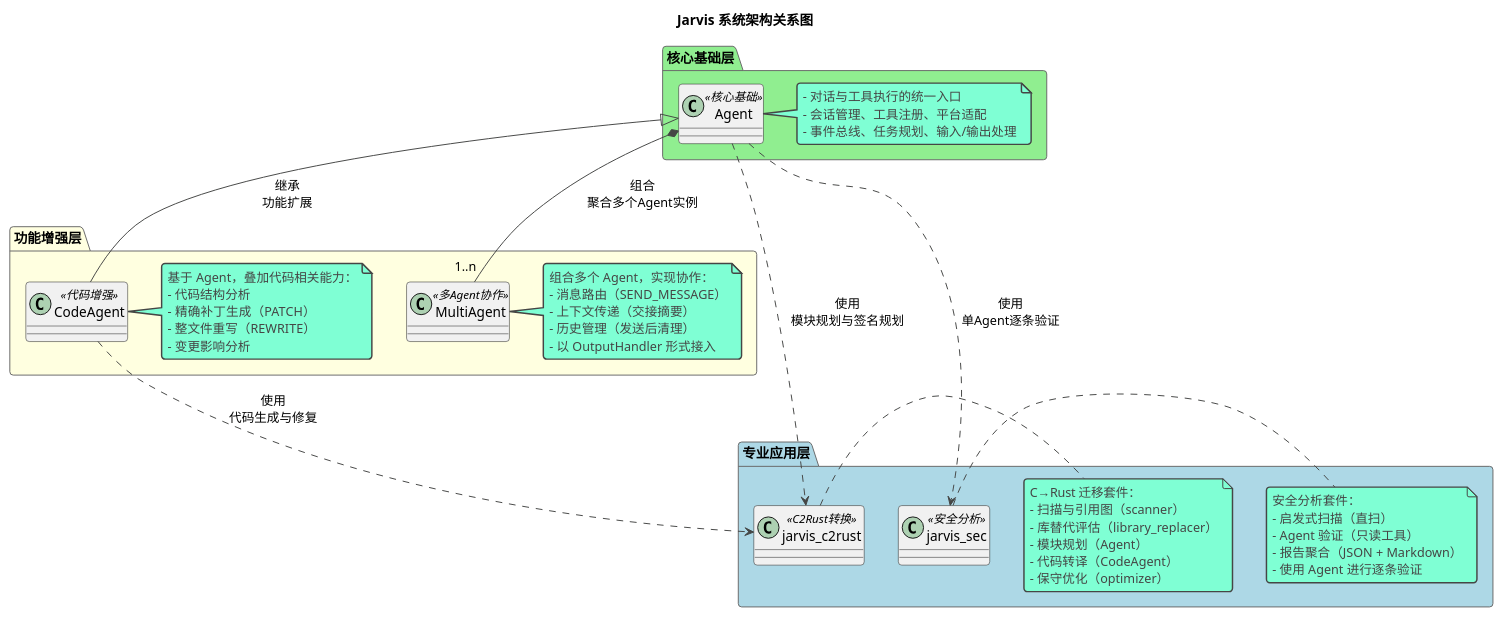
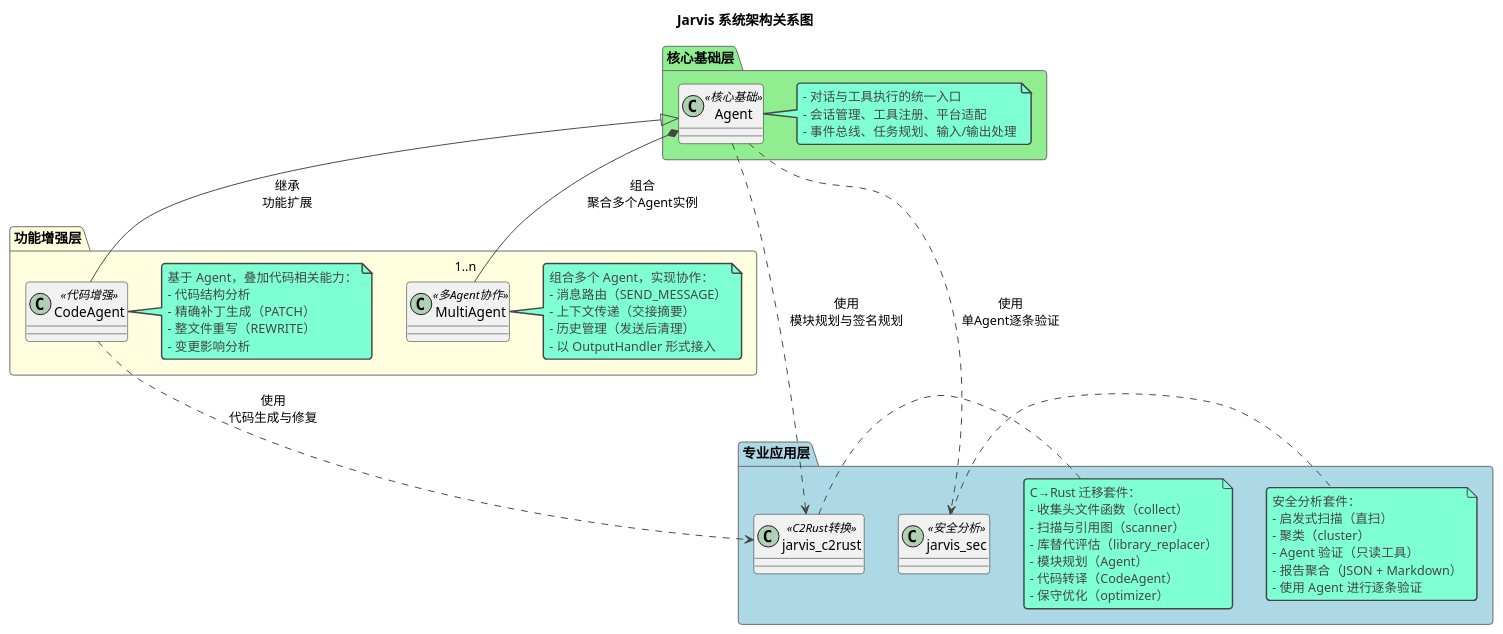
Before and after one commit to skyfireitdiy/Jarvis: the first of 60 diagrams in 技术报告.md, drawn with PlantUML. The commit also changed other lines of this file, not shown here.

Commit message:
docs(技术报告): 更新专业应用层模块说明
在技术报告中更新了以下内容：
- 在安全分析套件中新增聚类（cluster）功能说明
- 在C→Rust迁移套件中新增收集头文件函数（collect）功能说明
- 移除了CLI到Workflow fast的可选连接说明

````diff
--- a/技术报告.md
+++ b/技术报告.md
@@ -15,66 +15,68 @@
 ```plantuml
 @startuml
 !theme vibrant
 title Jarvis 系统架构关系图
 
 package "核心基础层" #LightGreen {
   class Agent <<核心基础>>
   note right of Agent
     - 对话与工具执行的统一入口
     - 会话管理、工具注册、平台适配
     - 事件总线、任务规划、输入/输出处理
   end note
 }
 
 package "功能增强层" #LightYellow {
   class CodeAgent <<代码增强>>
   class MultiAgent <<多Agent协作>>
   
   Agent <|-- CodeAgent : "继承\n功能扩展"
   Agent *-- "1..n" MultiAgent : "组合\n聚合多个Agent实例"
   
   note right of CodeAgent
     基于 Agent，叠加代码相关能力：
     - 代码结构分析
     - 精确补丁生成（PATCH）
     - 整文件重写（REWRITE）
     - 变更影响分析
   end note
   
   note right of MultiAgent
     组合多个 Agent，实现协作：
     - 消息路由（SEND_MESSAGE）
     - 上下文传递（交接摘要）
     - 历史管理（发送后清理）
     - 以 OutputHandler 形式接入
   end note
 }
 
 package "专业应用层" #LightBlue {
   class jarvis_sec <<安全分析>>
   class jarvis_c2rust <<C2Rust转换>>
   
   Agent ..> jarvis_sec : "使用\n单Agent逐条验证"
   Agent ..> jarvis_c2rust : "使用\n模块规划与签名规划"
   CodeAgent ..> jarvis_c2rust : "使用\n代码生成与修复"
   
   note right of jarvis_sec
     安全分析套件：
     - 启发式扫描（直扫）
+    - 聚类（cluster）
     - Agent 验证（只读工具）
     - 报告聚合（JSON + Markdown）
     - 使用 Agent 进行逐条验证
   end note
   
   note right of jarvis_c2rust
     C→Rust 迁移套件：
+    - 收集头文件函数（collect）
     - 扫描与引用图（scanner）
     - 库替代评估（library_replacer）
     - 模块规划（Agent）
     - 代码转译（CodeAgent）
     - 保守优化（optimizer）
   end note
 }
 
 @enduml
 ```
````
